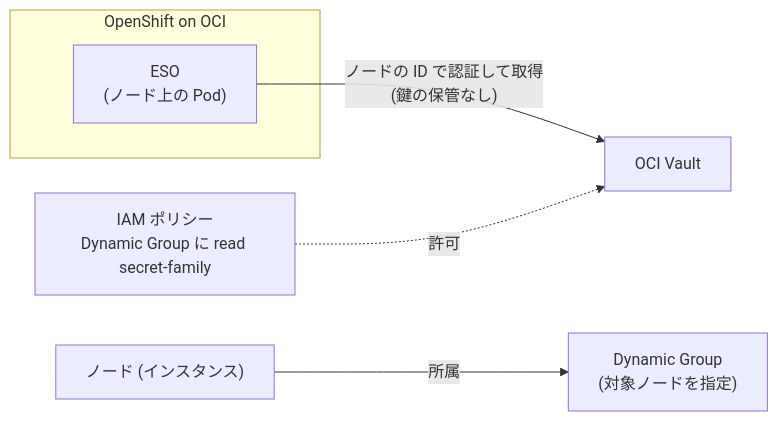
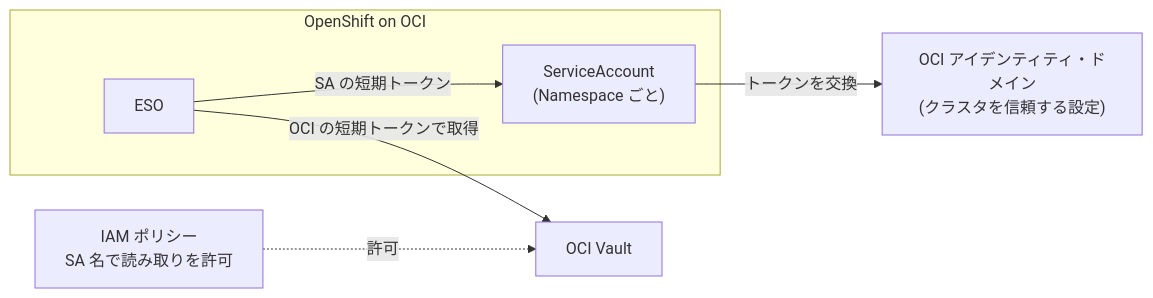
Before and after one commit to akudo-rh/eso-secret-management: the seventh of 9 diagrams in README.md, drawn with Mermaid. The commit also changed other lines of this file, not shown here.

````diff
--- a/README.md
+++ b/README.md
@@ -176,9 +176,9 @@
 ```mermaid
 flowchart LR
   subgraph OCP["OpenShift on OCI"]
-    ESO["ESO<br/>(ノード上の Pod)"]
+    ESO["ESO"] -- "SA の短期トークン" --> SA["ServiceAccount<br/>(Namespace ごと)"]
   end
-  NODE["ノード (インスタンス)"] -- "所属" --> DG["Dynamic Group<br/>(対象ノードを指定)"]
-  ESO -- "ノードの ID で認証して取得<br/>(鍵の保管なし)" --> VAULT["OCI Vault"]
-  POL["IAM ポリシー<br/>Dynamic Group に read secret-family"] -. "許可" .-> VAULT
+  SA -- "トークンを交換" --> ID["OCI アイデンティティ・ドメイン<br/>(クラスタを信頼する設定)"]
+  ESO -- "OCI の短期トークンで取得" --> VAULT["OCI Vault"]
+  POL["IAM ポリシー<br/>SA 名で読み取りを許可"] -. "許可" .-> VAULT
 ```
````
